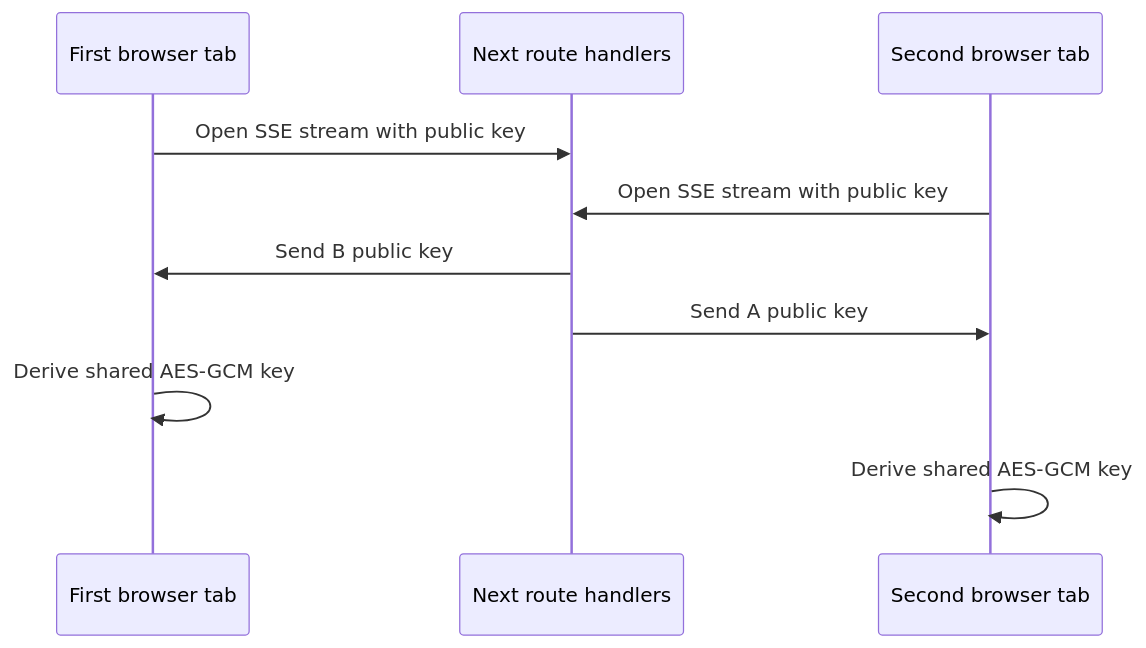
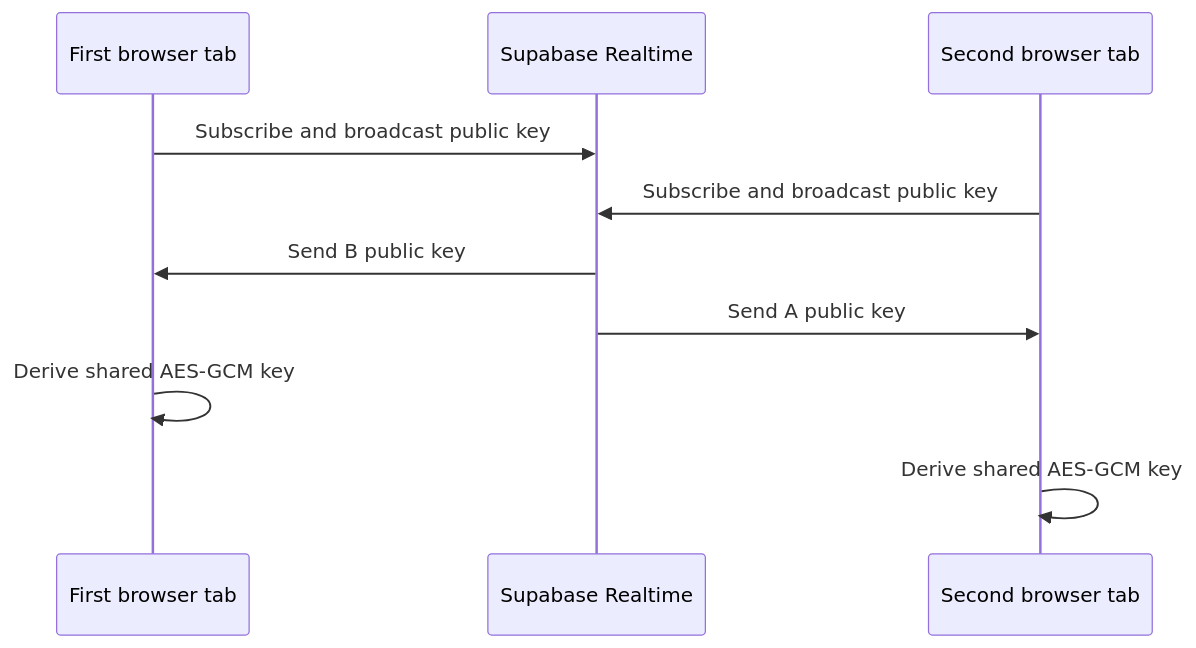
The second of 3 diagrams in docs/how-to-run.md (matthewlovestocode/e2echat), drawn with Mermaid before and after one commit. The commit also changed other lines of this file and 19 other files, not shown here.

Commit message:
Use Supabase Realtime transport

````diff
--- a/docs/how-to-run.md
+++ b/docs/how-to-run.md
@@ -144,13 +152,13 @@
 ```mermaid
 sequenceDiagram
   participant A as First browser tab
-  participant S as Next route handlers
+  participant S as Supabase Realtime
   participant B as Second browser tab
 
-  A->>S: Open SSE stream with public key
-  B->>S: Open SSE stream with public key
+  A->>S: Subscribe and broadcast public key
+  B->>S: Subscribe and broadcast public key
   S->>A: Send B public key
   S->>B: Send A public key
   A->>A: Derive shared AES-GCM key
   B->>B: Derive shared AES-GCM key
 ```
````
